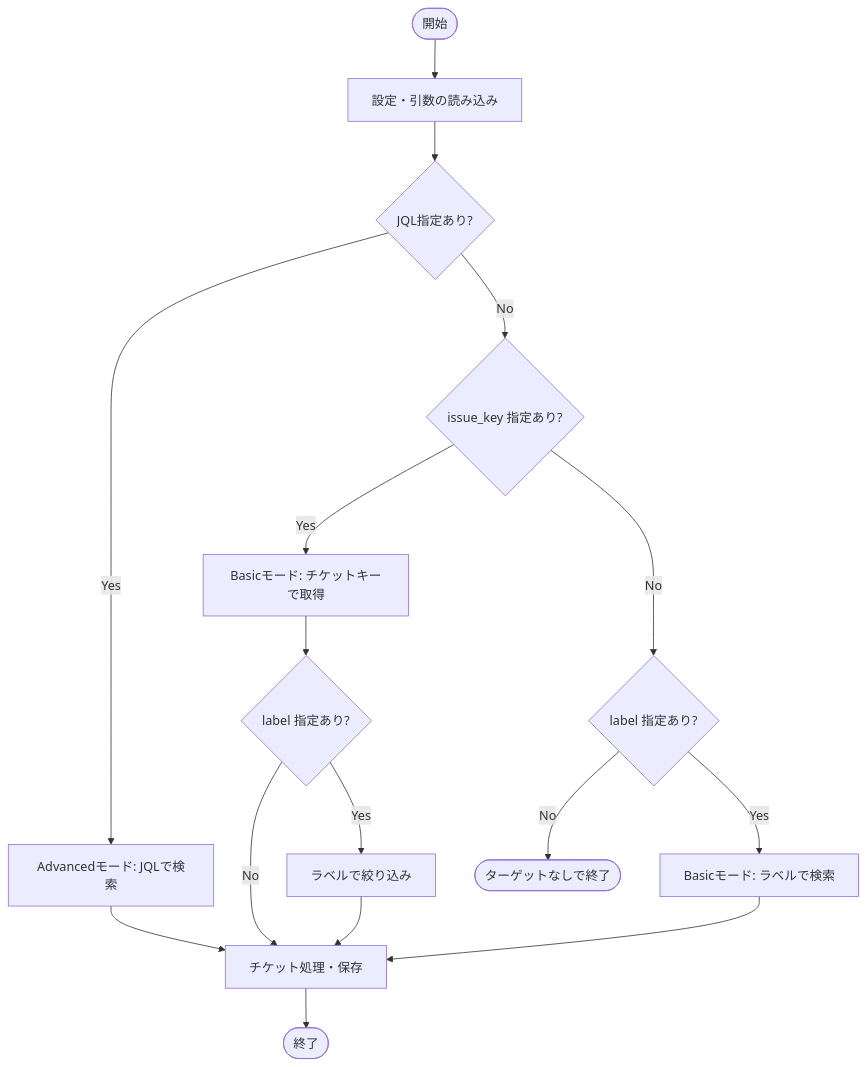
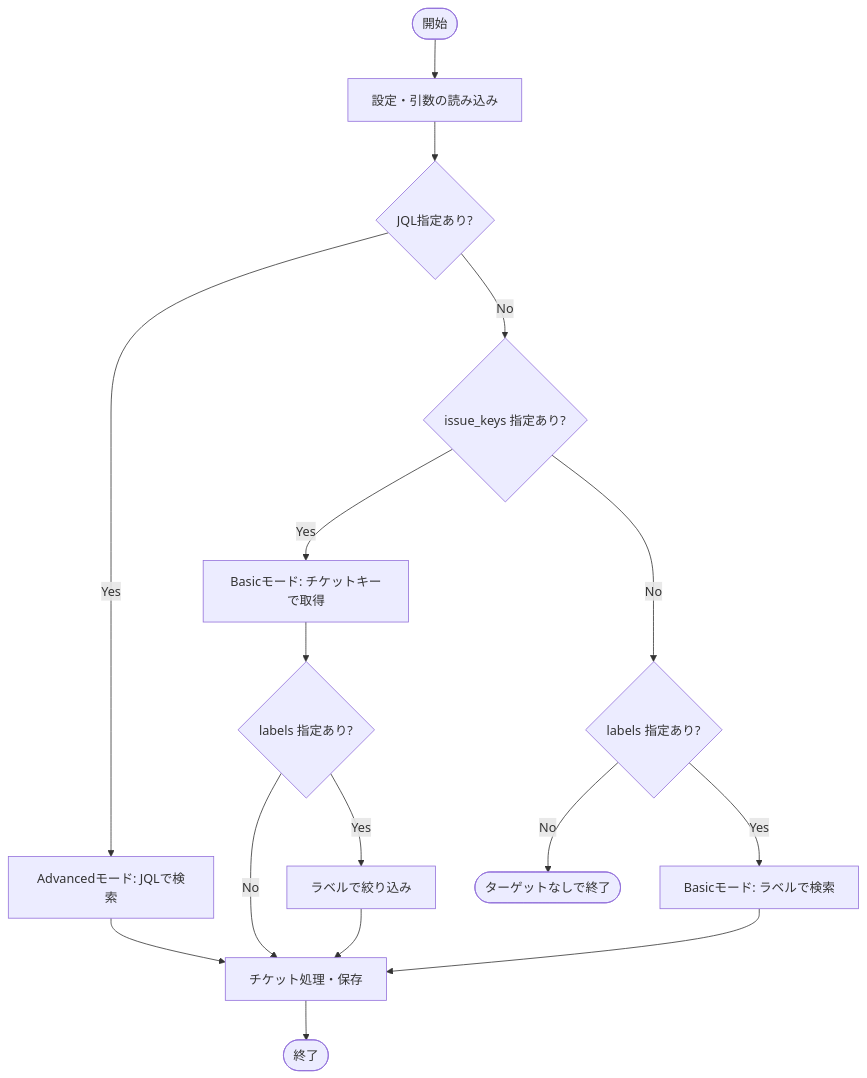
The diagram in README.md (masanori-satake/J2M-Export), drawn with Mermaid before and after one commit. The commit also changed other lines of this file and 3 other files, not shown here.

````diff
--- a/README.md
+++ b/README.md
@@ -72,24 +95,24 @@
 ```mermaid
 graph TD
     Start(["開始"]) --> LoadConfig["設定・引数の読み込み"]
     LoadConfig --> IsAdvanced{"JQL指定あり?"}
 
     IsAdvanced -- "Yes" --> FetchJQL["Advancedモード: JQLで検索"]
     FetchJQL --> ProcessIssues["チケット処理・保存"]
 
-    IsAdvanced -- "No" --> HasKeys{"issue_key 指定あり?"}
+    IsAdvanced -- "No" --> HasKeys{"issue_keys 指定あり?"}
 
     HasKeys -- "Yes" --> FetchKeys["Basicモード: チケットキーで取得"]
-    FetchKeys --> HasLabels{"label 指定あり?"}
+    FetchKeys --> HasLabels{"labels 指定あり?"}
     HasLabels -- "Yes" --> FilterLabels["ラベルで絞り込み"]
     HasLabels -- "No" --> ProcessIssues
     FilterLabels --> ProcessIssues
 
-    HasKeys -- "No" --> HasLabelsOnly{"label 指定あり?"}
+    HasKeys -- "No" --> HasLabelsOnly{"labels 指定あり?"}
     HasLabelsOnly -- "Yes" --> FetchLabels["Basicモード: ラベルで検索"]
     HasLabelsOnly -- "No" --> NoIssues(["ターゲットなしで終了"])
 
     FetchLabels --> ProcessIssues
 
     ProcessIssues --> End(["終了"])
 ```
````
